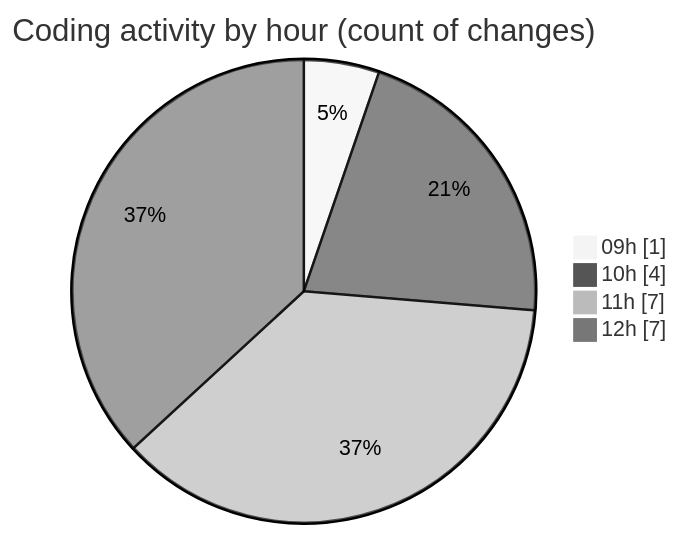
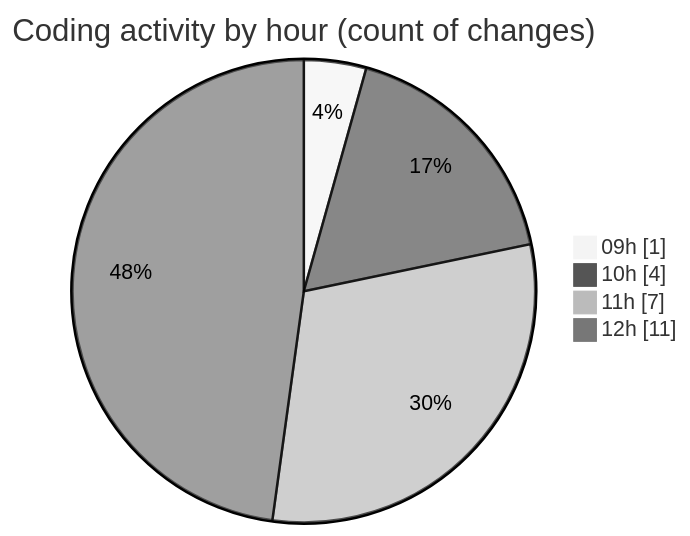
Before and after one commit to momahboobian/code-tracking: the second of 2 diagrams in 2025-04-07/cda/README.md, drawn with Mermaid (neutral theme). The commit also changed other lines of this file and 1 other file, not shown here.

````diff
--- a/2025-04-07/cda/README.md
+++ b/2025-04-07/cda/README.md
@@ -33,8 +33,8 @@
 ```mermaid
 pie showData
 title Coding activity by hour (count of changes)
 "09h" : 1
 "10h" : 4
 "11h" : 7
-"12h" : 7
+"12h" : 11
 ```
````
